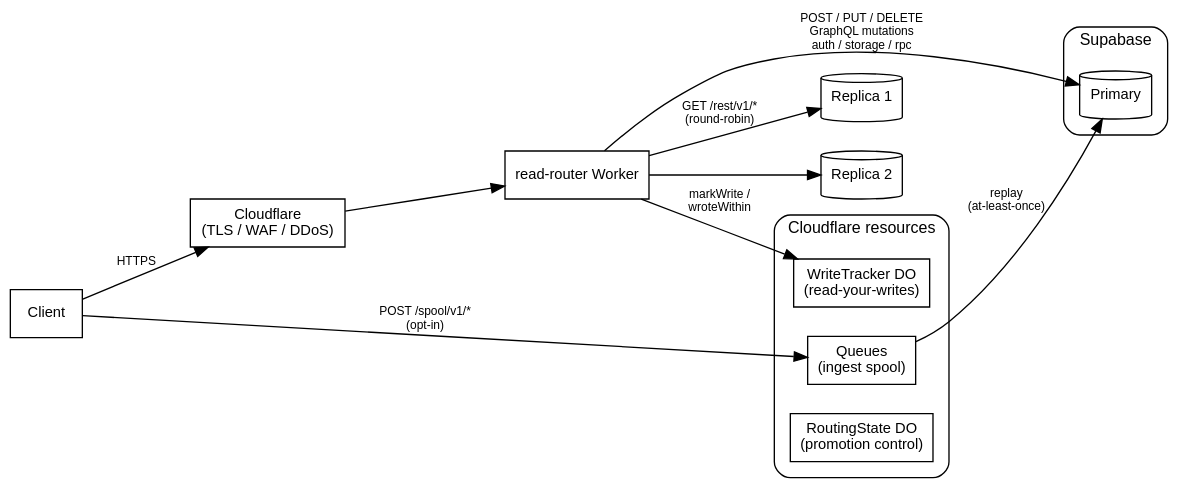
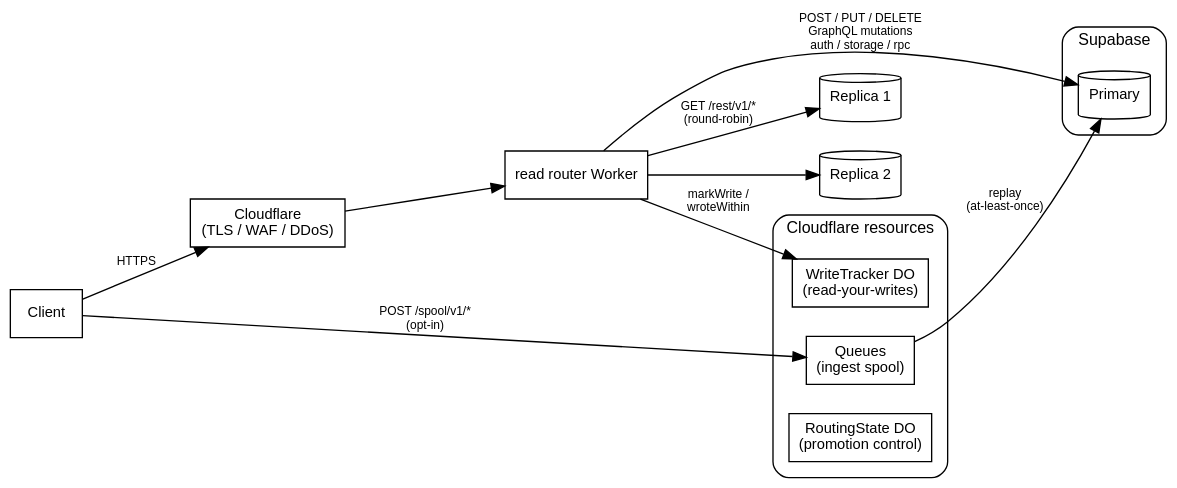
The first of 2 diagrams in src/content/docs/reference/supabase-edge-read-router.mdx (erfianugrah/lexicanum), drawn with Graphviz before and after one commit. The commit also changed other lines of this file and 90 other files, not shown here.

````diff
--- a/src/content/docs/reference/supabase-edge-read-router.mdx
+++ b/src/content/docs/reference/supabase-edge-read-router.mdx
@@ -28,39 +28,39 @@
 ```dot
 digraph {
   rankdir=LR; bgcolor="transparent"; nodesep=0.3; ranksep=0.7;
   fontname="Helvetica,Arial,sans-serif";
   node [fontname="Helvetica,Arial,sans-serif", fontsize=11, shape=box];
   edge [fontname="Helvetica,Arial,sans-serif", fontsize=9];
 
   client  [label="Client"];
   cftls   [label="Cloudflare\n(TLS / WAF / DDoS)"];
-  pgrouter [label="read-router Worker"];
+  pgrouter [label="read router Worker"];
 
   subgraph cluster_sb {
     label="Supabase"; style=rounded; fontsize=12; margin=12;
     primary  [label="Primary", shape=cylinder];
     replica1 [label="Replica 1", shape=cylinder];
     replica2 [label="Replica 2", shape=cylinder];
   }
 
   subgraph cluster_cf {
     label="Cloudflare resources"; style=rounded; fontsize=12; margin=12;
     cfq      [label="Queues\n(ingest spool)"];
     do_wt    [label="WriteTracker DO\n(read-your-writes)"];
     do_rs    [label="RoutingState DO\n(promotion control)"];
   }
 
   client -> cftls [label="HTTPS"];
   cftls -> pgrouter;
 
   pgrouter -> replica1 [label="GET /rest/v1/*\n(round-robin)"];
   pgrouter -> replica2;
   pgrouter -> primary  [label="POST / PUT / DELETE\nGraphQL mutations\nauth / storage / rpc"];
 
   pgrouter -> do_wt [label="markWrite /\nwroteWithin"];
   client -> cfq [label="POST /spool/v1/*\n(opt-in)"];
   cfq -> primary [label="replay\n(at-least-once)"];
 
   { rank=same; replica1; replica2; }
 }
 ```
````
